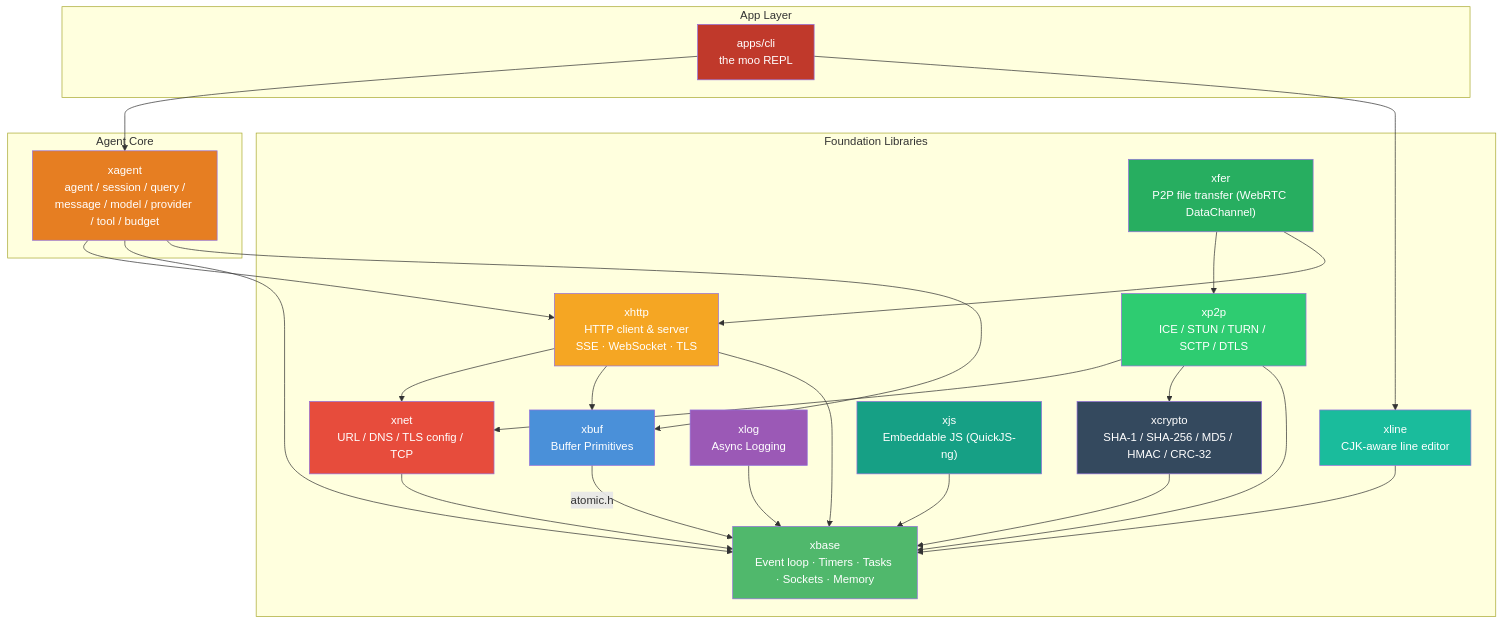
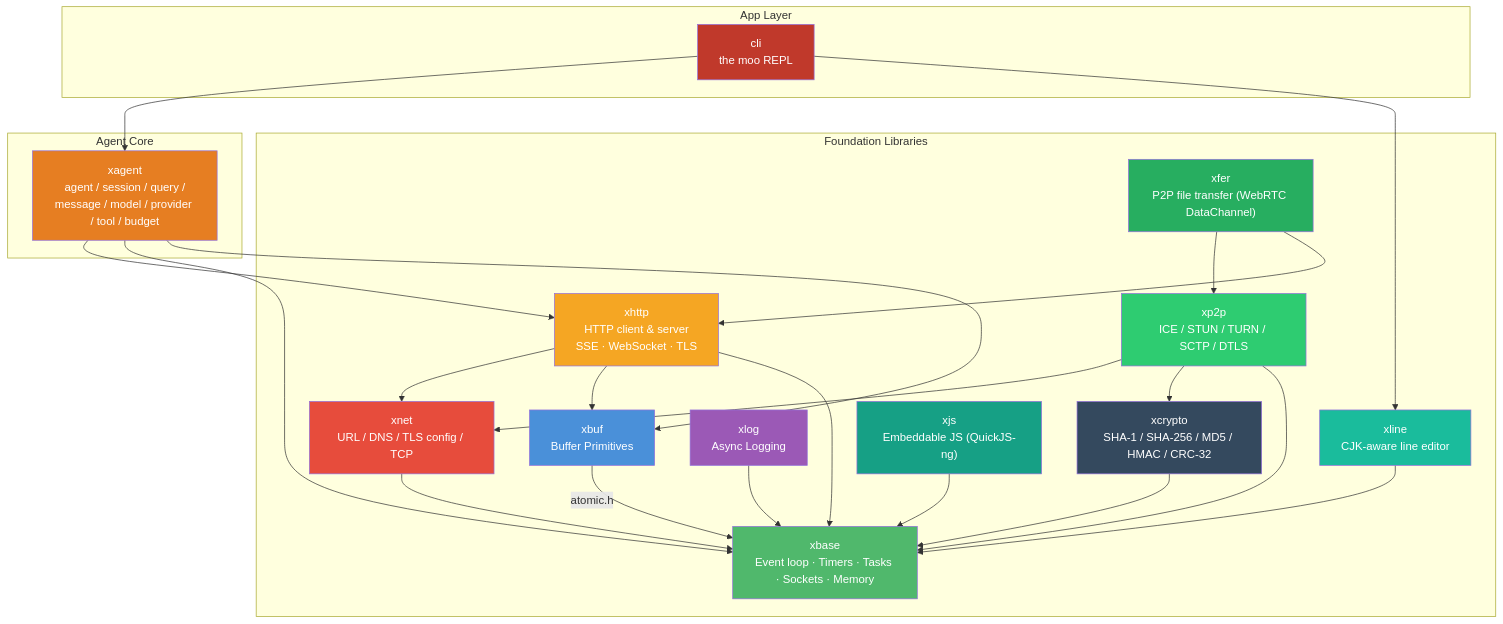
The first of 2 diagrams in docs/README.md (mivinci/DownloadKit), drawn with Mermaid before and after one commit. The commit also changed other lines of this file and 11 other files, not shown here.

````diff
--- a/docs/README.md
+++ b/docs/README.md
@@ -20,56 +20,56 @@
 ```mermaid
 graph TD
     subgraph "App Layer"
-        APP["apps/cli<br/>the moo REPL"]
+        APP["cli<br/>the moo REPL"]
     end
 
     subgraph "Agent Core"
         XAGENT["xagent<br/>agent / session / query /<br/>message / model / provider / tool / budget"]
     end
 
     subgraph "Foundation Libraries"
         XHTTP["xhttp<br/>HTTP client & server<br/>SSE · WebSocket · TLS"]
         XNET["xnet<br/>URL / DNS / TLS config / TCP"]
         XBUF["xbuf<br/>Buffer Primitives"]
         XLINE["xline<br/>CJK-aware line editor"]
         XLOG["xlog<br/>Async Logging"]
         XCRYPTO["xcrypto<br/>SHA-1 / SHA-256 / MD5 / HMAC / CRC-32"]
         XJS["xjs<br/>Embeddable JS (QuickJS-ng)"]
         XP2P["xp2p<br/>ICE / STUN / TURN / SCTP / DTLS"]
         XFER["xfer<br/>P2P file transfer (WebRTC DataChannel)"]
         XBASE["xbase<br/>Event loop · Timers · Tasks · Sockets · Memory"]
     end
 
     APP --> XAGENT
     APP --> XLINE
     XAGENT --> XHTTP
     XAGENT --> XBASE
     XAGENT --> XBUF
     XHTTP --> XNET
     XHTTP --> XBUF
     XHTTP --> XBASE
     XNET --> XBASE
     XLINE --> XBASE
     XLOG --> XBASE
     XCRYPTO --> XBASE
     XJS --> XBASE
     XP2P --> XNET
     XP2P --> XCRYPTO
     XP2P --> XBASE
     XFER --> XP2P
     XFER --> XHTTP
     XBUF -->|"atomic.h"| XBASE
 
     style XAGENT fill:#e67e22,color:#fff
     style APP fill:#c0392b,color:#fff
     style XBASE fill:#50b86c,color:#fff
     style XBUF fill:#4a90d9,color:#fff
     style XNET fill:#e74c3c,color:#fff
     style XHTTP fill:#f5a623,color:#fff
     style XLINE fill:#1abc9c,color:#fff
     style XLOG fill:#9b59b6,color:#fff
     style XCRYPTO fill:#34495e,color:#fff
     style XJS fill:#16a085,color:#fff
     style XP2P fill:#2ecc71,color:#fff
     style XFER fill:#27ae60,color:#fff
 ```
````
